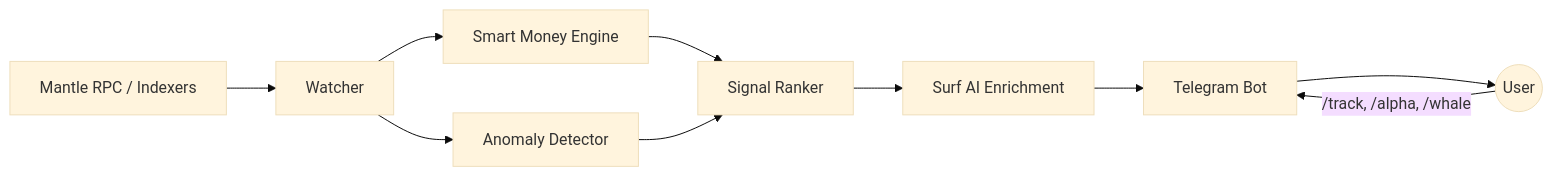
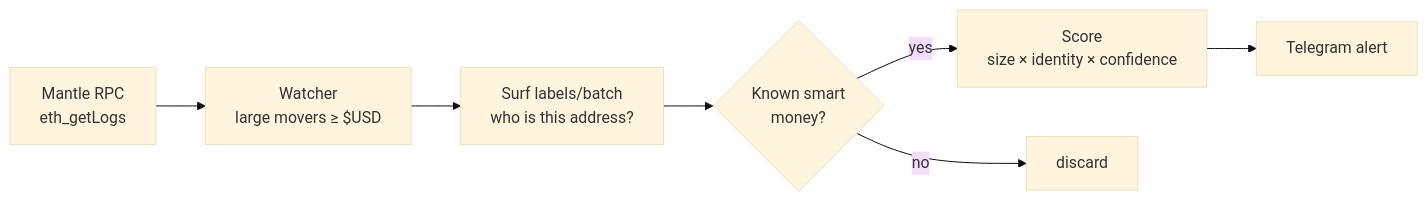
One commit to SaxophoneTrom/alphatide changed the diagram in README.md. Above: the diagram before and after it, drawn with Mermaid (base theme). The commit also changed other lines of this file and 19 other files, not shown here.

First line of the commit message:
feat: cross-chain smart money detector (idea 7-A) — Mantle watcher + Surf labels + Telegram bot

````diff
--- a/README.md
+++ b/README.md
@@ -39,12 +35,9 @@
 ```mermaid
 flowchart LR
-    A[Mantle RPC / Indexers] --> B[Watcher]
-    B --> C[Smart Money Engine]
-    B --> D[Anomaly Detector]
-    C --> E[Signal Ranker]
-    D --> E
-    E --> F[Surf AI Enrichment]
-    F --> G[Telegram Bot]
-    G --> H((User))
-    H -- "/track, /alpha, /whale" --> G
+    A[Mantle RPC<br/>eth_getLogs] --> B[Watcher<br/>large movers ≥ $USD]
+    B --> C[Surf labels/batch<br/>who is this address?]
+    C --> D{Known smart<br/>money?}
+    D -- yes --> E[Score<br/>size × identity × confidence]
+    D -- no --> X[discard]
+    E --> F[Telegram alert]
 ```
````
